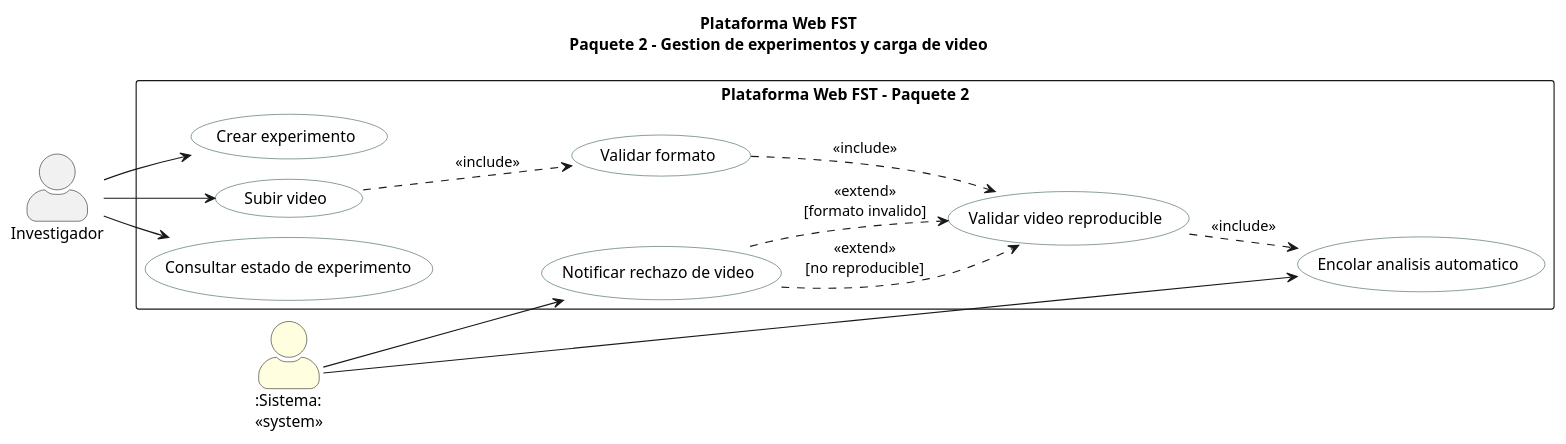
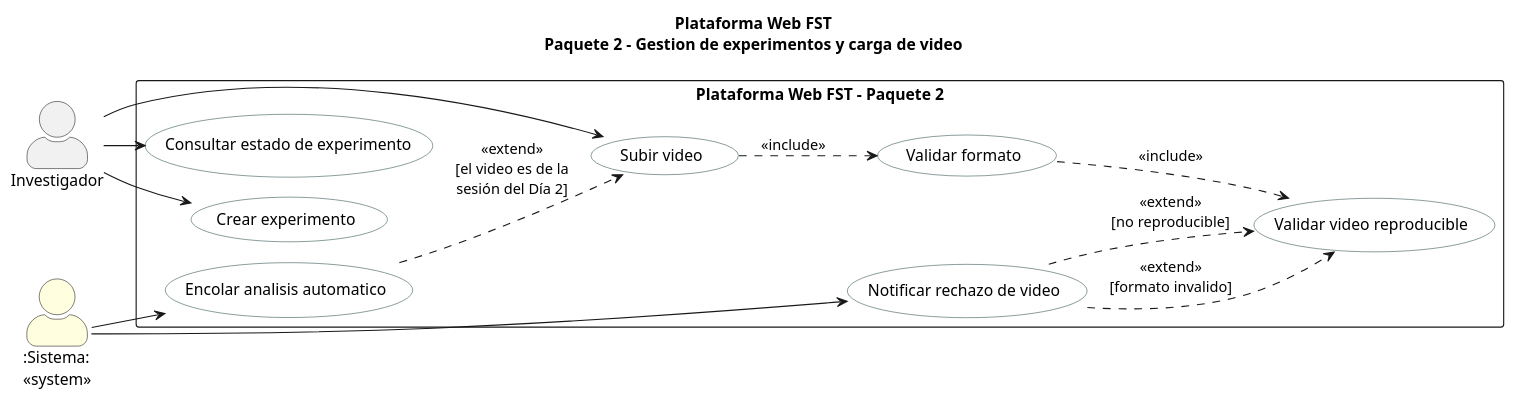
One commit to ErickJester/fst-ai-system-latex changed diagram 18 of 39 in INSTRUCCIONES-WEB.md. Above: the diagram before and after it, drawn with PlantUML. The commit also changed other lines of this file and 28 other files, not shown here.

````diff
--- a/INSTRUCCIONES-WEB.md
+++ b/INSTRUCCIONES-WEB.md
@@ -1756,34 +1842,34 @@
 ```plantuml
 @startuml cu_paquete2
 !pragma layout smetana
 title Plataforma Web FST\nPaquete 2 - Gestion de experimentos y carga de video
 left to right direction
 skinparam packageStyle rectangle
 skinparam actorStyle awesome
 skinparam usecase {
   BackgroundColor White
   BorderColor DarkSlateGray
 }
 actor "Investigador" as INV
 actor ":Sistema:\n<<system>>" as SYS #LightYellow
 rectangle "Plataforma Web FST - Paquete 2" {
   usecase "Crear experimento" as UC21
   usecase "Subir video" as UC22
   usecase "Validar formato" as UC23
   usecase "Validar video reproducible" as UC24
   usecase "Encolar analisis automatico" as UC25
   usecase "Notificar rechazo de video" as UC26
   usecase "Consultar estado de experimento" as UC27
 }
 INV --> UC21
 INV --> UC22
 INV --> UC27
 SYS --> UC25
 SYS --> UC26
 UC22 ..> UC23 : <<include>>
 UC23 ..> UC24 : <<include>>
-UC24 ..> UC25 : <<include>>
+UC25 ..> UC22 : <<extend>>\n[el video es de la\nsesión del Día 2]
 UC26 ..> UC24 : <<extend>>\n[no reproducible]
 UC26 ..> UC24 : <<extend>>\n[formato invalido]
 @enduml
 ```
````
